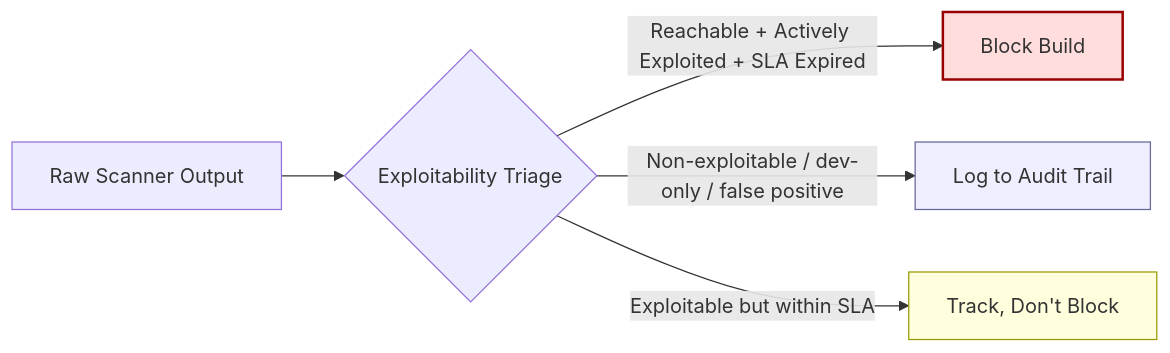
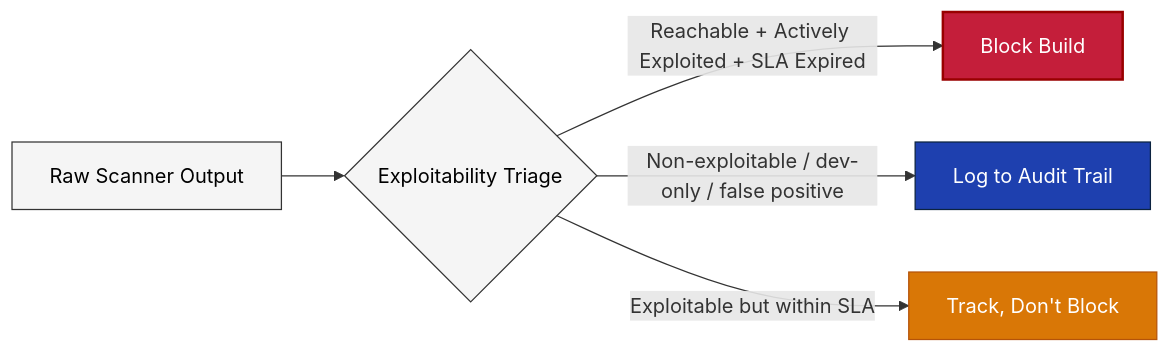
The second of 5 diagrams in README.md (JoshuaOmosa/Devsecops-gate), drawn with Mermaid before and after one commit. The commit also changed other lines of this file, not shown here.

````diff
--- a/README.md
+++ b/README.md
@@ -53,11 +60,13 @@
 ```mermaid
 flowchart LR
     A[Raw Scanner Output] --> B{Exploitability Triage}
     B -->|Reachable + Actively Exploited + SLA Expired| C[Block Build]
     B -->|Non-exploitable / dev-only / false positive| D[Log to Audit Trail]
     B -->|Exploitable but within SLA| E[Track, Don't Block]
 
-    style C fill:#fdd,stroke:#900,stroke-width:2px
-    style D fill:#eef,stroke:#669,stroke-width:1px
-    style E fill:#ffd,stroke:#990,stroke-width:1px
+    style C fill:#c41e3a,color:#fff,stroke:#900,stroke-width:2px
+    style D fill:#1e40af,color:#fff,stroke:#0c2340
+    style E fill:#d97706,color:#fff,stroke:#b45309
+    style A fill:#f5f5f5,color:#000,stroke:#333
+    style B fill:#f5f5f5,color:#000,stroke:#333
 ```
````
